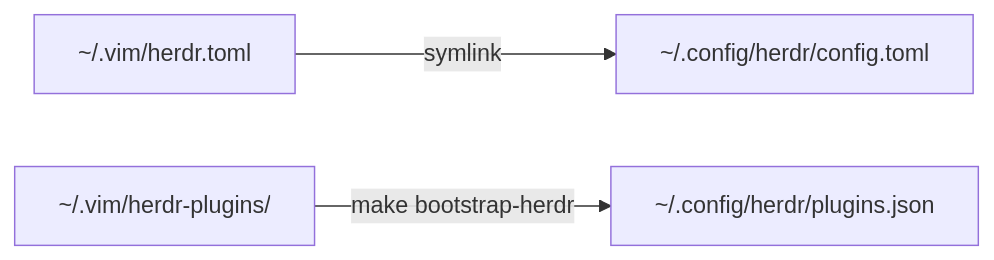
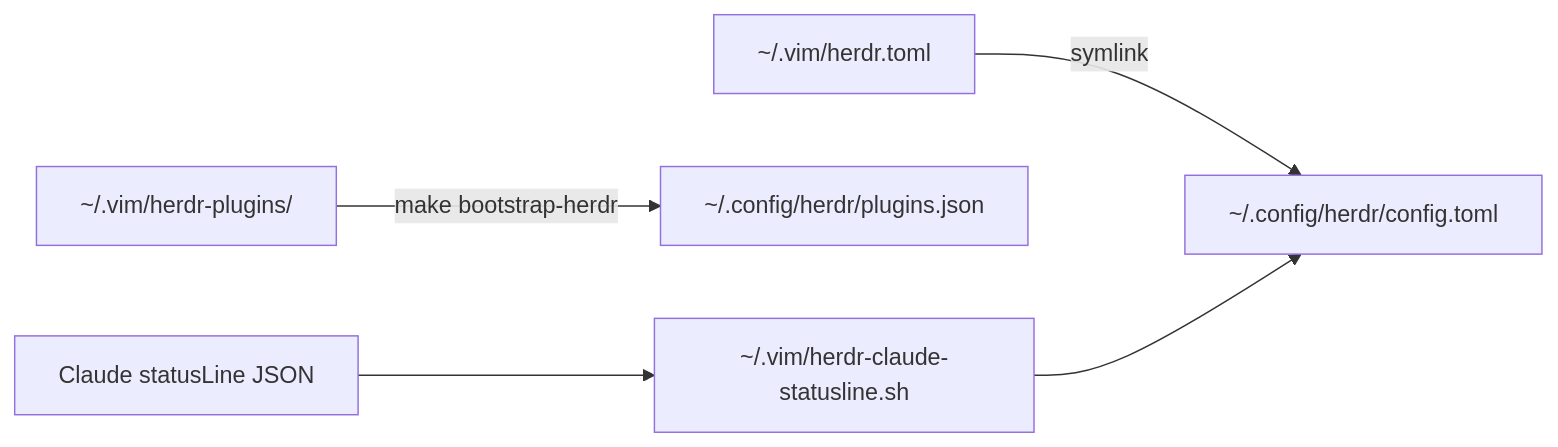
The diagram in README.md (unphased/vim-config), drawn with Mermaid before and after one commit. The commit also changed other lines of this file and 3 other files, not shown here.

First line of the commit message:
feat(herdr): report Claude token usage in agent sidebar

````diff
--- a/README.md
+++ b/README.md
@@ -30,5 +30,6 @@
 ```mermaid
 flowchart LR
     Config[~/.vim/herdr.toml] -->|symlink| Runtime[~/.config/herdr/config.toml]
     Plugins[~/.vim/herdr-plugins/] -->|make bootstrap-herdr| Registry[~/.config/herdr/plugins.json]
+    Claude[Claude statusLine JSON] --> Reporter[~/.vim/herdr-claude-statusline.sh] --> Runtime
 ```
````
